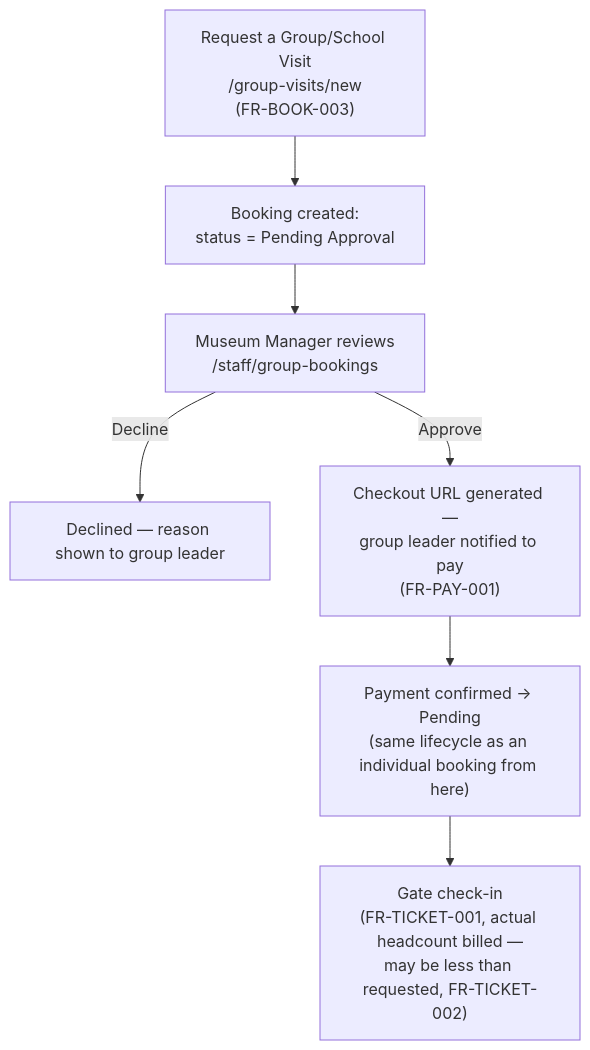
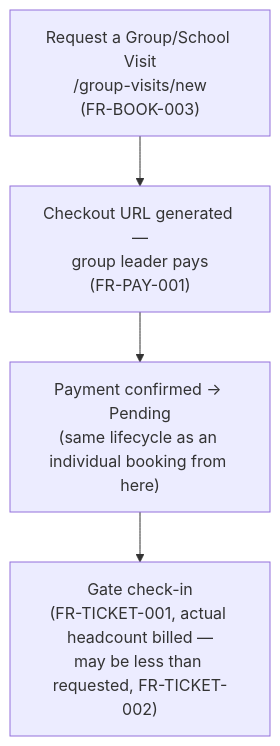
The fourth of 6 diagrams in docs/06-ui-ux-specification.md (TsegayIS122123/museum-ticketing-system), drawn with Mermaid before and after one commit. The commit also changed other lines of this file and 47 other files, not shown here.

First line of the commit message:
Remove group-booking approval workflow (FR-BOOK-003)

````diff
--- a/docs/06-ui-ux-specification.md
+++ b/docs/06-ui-ux-specification.md
@@ -247,9 +248,6 @@
 ```mermaid
 flowchart TD
-    A["Request a Group/School Visit\n/group-visits/new\n(FR-BOOK-003)"] --> B["Booking created:\nstatus = Pending Approval"]
-    B --> C["Museum Manager reviews\n/staff/group-bookings"]
-    C -->|Decline| D["Declined — reason shown to group leader"]
-    C -->|Approve| E["Checkout URL generated —\ngroup leader notified to pay\n(FR-PAY-001)"]
+    A["Request a Group/School Visit\n/group-visits/new\n(FR-BOOK-003)"] --> E["Checkout URL generated —\ngroup leader pays\n(FR-PAY-001)"]
     E --> F["Payment confirmed → Pending\n(same lifecycle as an individual booking from here)"]
     F --> G["Gate check-in\n(FR-TICKET-001, actual headcount billed —\nmay be less than requested, FR-TICKET-002)"]
 ```
````
